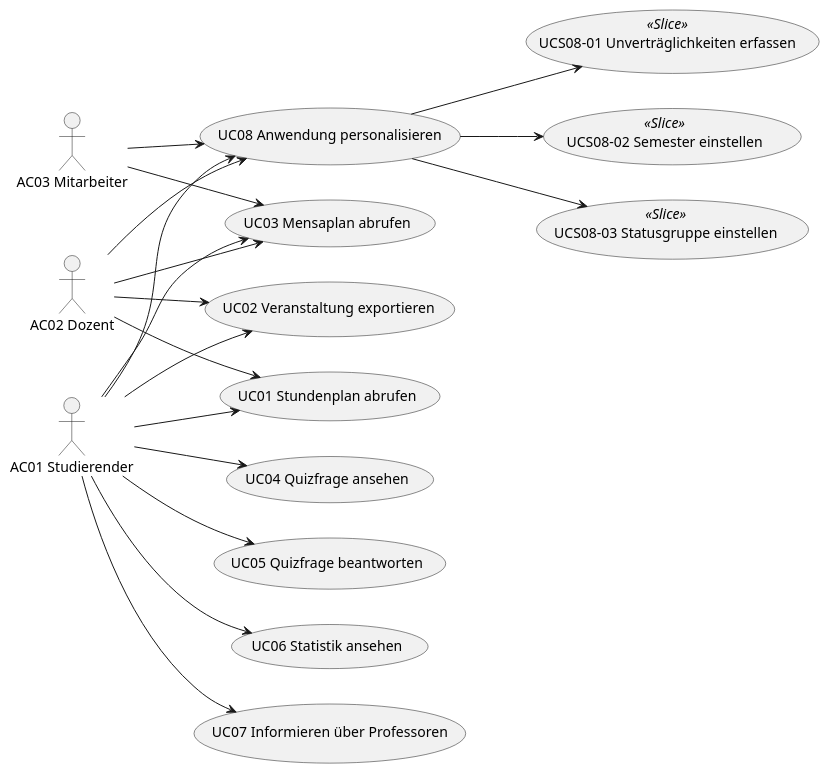
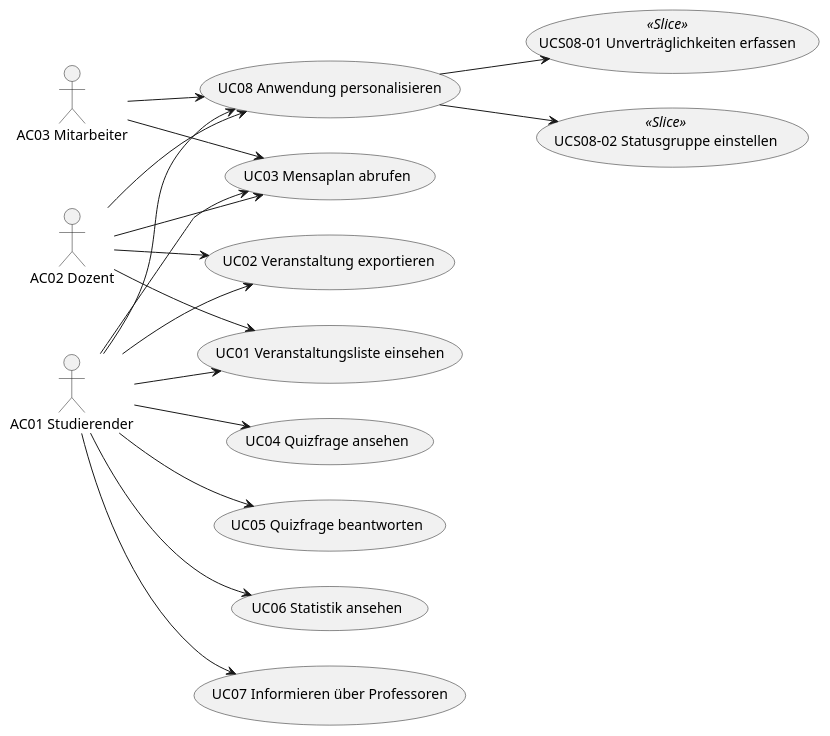
Before and after one commit to RobinNunkesser/plantuml: the diagram in Dynamik.pu, drawn with PlantUML. The commit also changed 5 other files, not shown here.

```diff
--- a/Dynamik.pu
+++ b/Dynamik.pu
@@ -1,43 +1,41 @@
 @startuml
 left to right direction
 
 actor :AC01 Studierender: as AC01
 actor :AC02 Dozent: as AC02
 actor :AC03 Mitarbeiter: as AC03
 ' actor :AC04 Redakteur: as AC04
 
 ' rectangle "SYS03 / SYS04" {
-(UC01 Stundenplan abrufen) as (UC01)
+(UC01 Veranstaltungsliste einsehen) as (UC01)
 (UC02 Veranstaltung exportieren) as (UC02)
 (UC03 Mensaplan abrufen) as (UC03)
 (UC04 Quizfrage ansehen) as (UC04)
 (UC05 Quizfrage beantworten) as (UC05)
 (UC06 Statistik ansehen) as (UC06)
 (UC07 Informieren über Professoren) as (UC07)
 (UC08 Anwendung personalisieren) as (UC08)
 (UCS08-01 Unverträglichkeiten erfassen) as (UCS0801) << Slice >>
-(UCS08-02 Semester einstellen) as (UCS0802) << Slice >>
-(UCS08-03 Statusgruppe einstellen) as (UCS0803) << Slice >>
+(UCS08-02 Statusgruppe einstellen) as (UCS0802) << Slice >>
 
 
 '}
 
 AC03 --> (UC03)
 AC03 --> (UC08)
 AC02 --> (UC01)
 AC02 --> (UC02)
 AC02 --> (UC03)
 AC02 --> (UC08)
 AC01 --> (UC01)
 AC01 --> (UC02)
 AC01 --> (UC03)
 AC01 --> (UC04)
 AC01 --> (UC05)
 AC01 --> (UC06)
 AC01 --> (UC07)
 AC01 --> (UC08)
 UC08 --> (UCS0801) 
 UC08 --> (UCS0802) 
-UC08 --> (UCS0803) 
 
 @enduml
```
